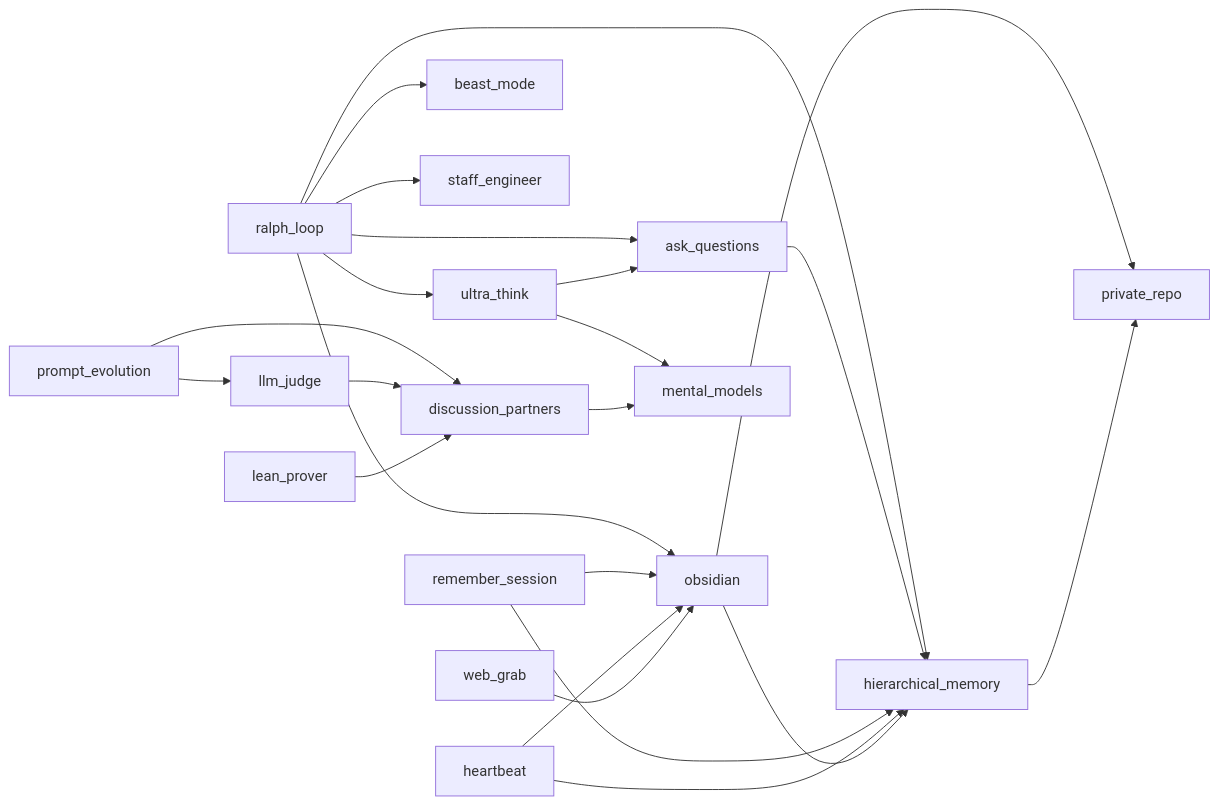
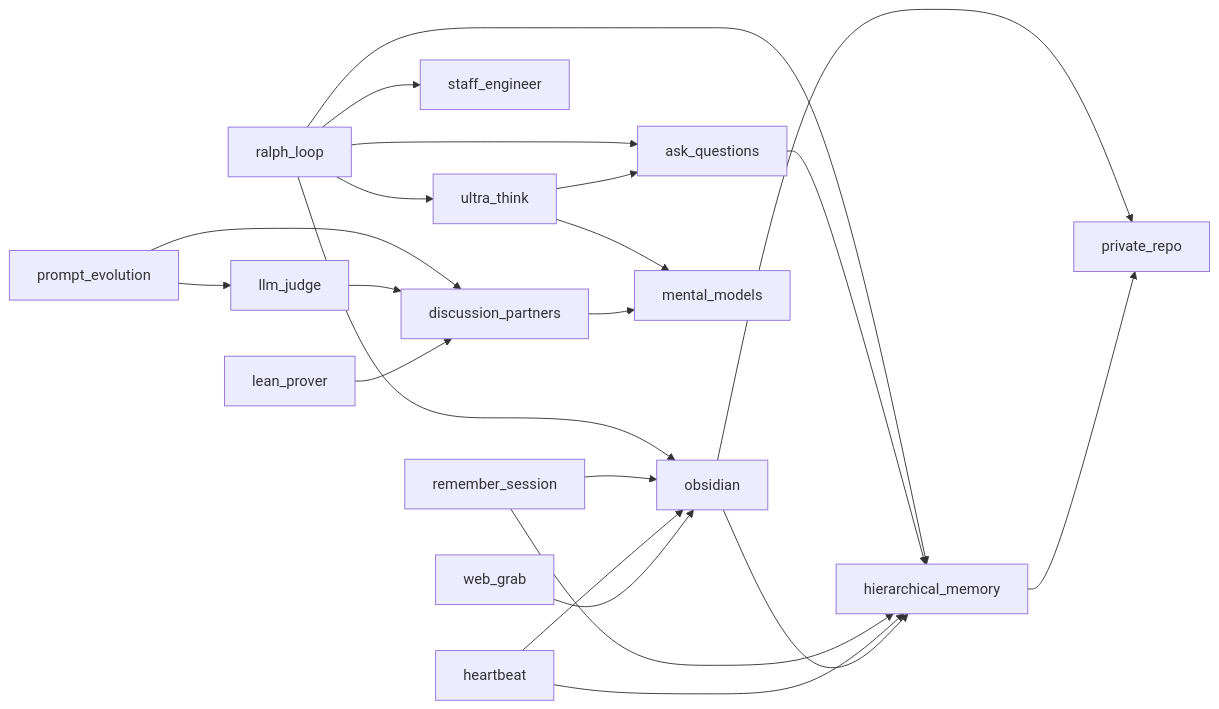
The diagram in README.md (zachmayer/skills), drawn with Mermaid before and after one commit. The commit also changed other lines of this file and 6 other files, not shown here.

First line of the commit message:
Consolidate 4 skills into 2: beast_mode→ultra_think, debug→staff_engineer

````diff
--- a/README.md
+++ b/README.md
@@ -92,25 +90,24 @@
 ```mermaid
 graph LR
     ralph_loop --> ultra_think
-    ralph_loop --> beast_mode
     ralph_loop --> staff_engineer
     ralph_loop --> ask_questions
     ralph_loop --> hierarchical_memory
     ralph_loop --> obsidian
     ultra_think --> mental_models
     ultra_think --> ask_questions
     ask_questions --> hierarchical_memory
     prompt_evolution --> discussion_partners
     prompt_evolution --> llm_judge
     llm_judge --> discussion_partners
     discussion_partners --> mental_models
     remember_session --> hierarchical_memory
     remember_session --> obsidian
     heartbeat --> hierarchical_memory
     heartbeat --> obsidian
     obsidian --> hierarchical_memory
     obsidian --> private_repo
     hierarchical_memory --> private_repo
     web_grab --> obsidian
     lean_prover --> discussion_partners
 ```
````
